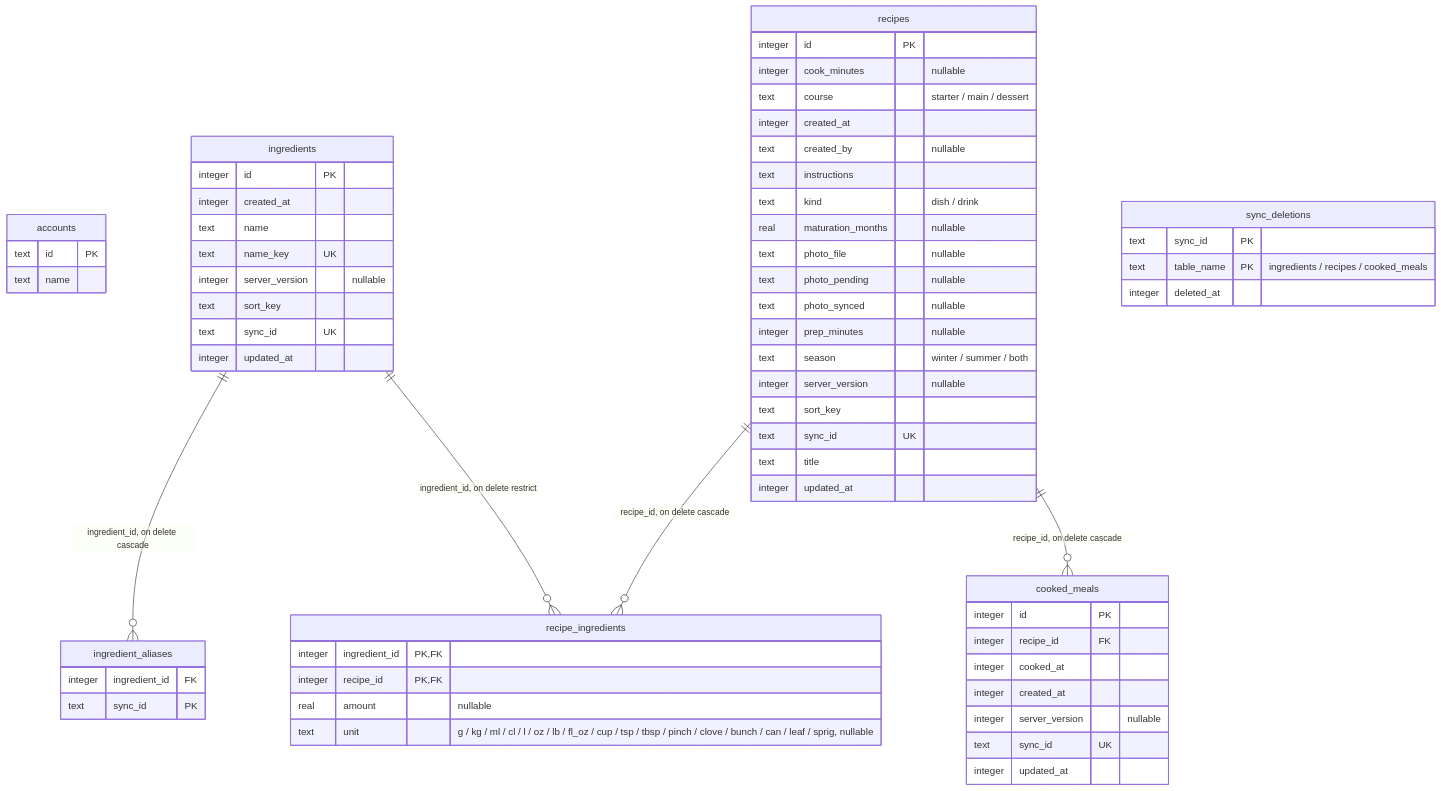
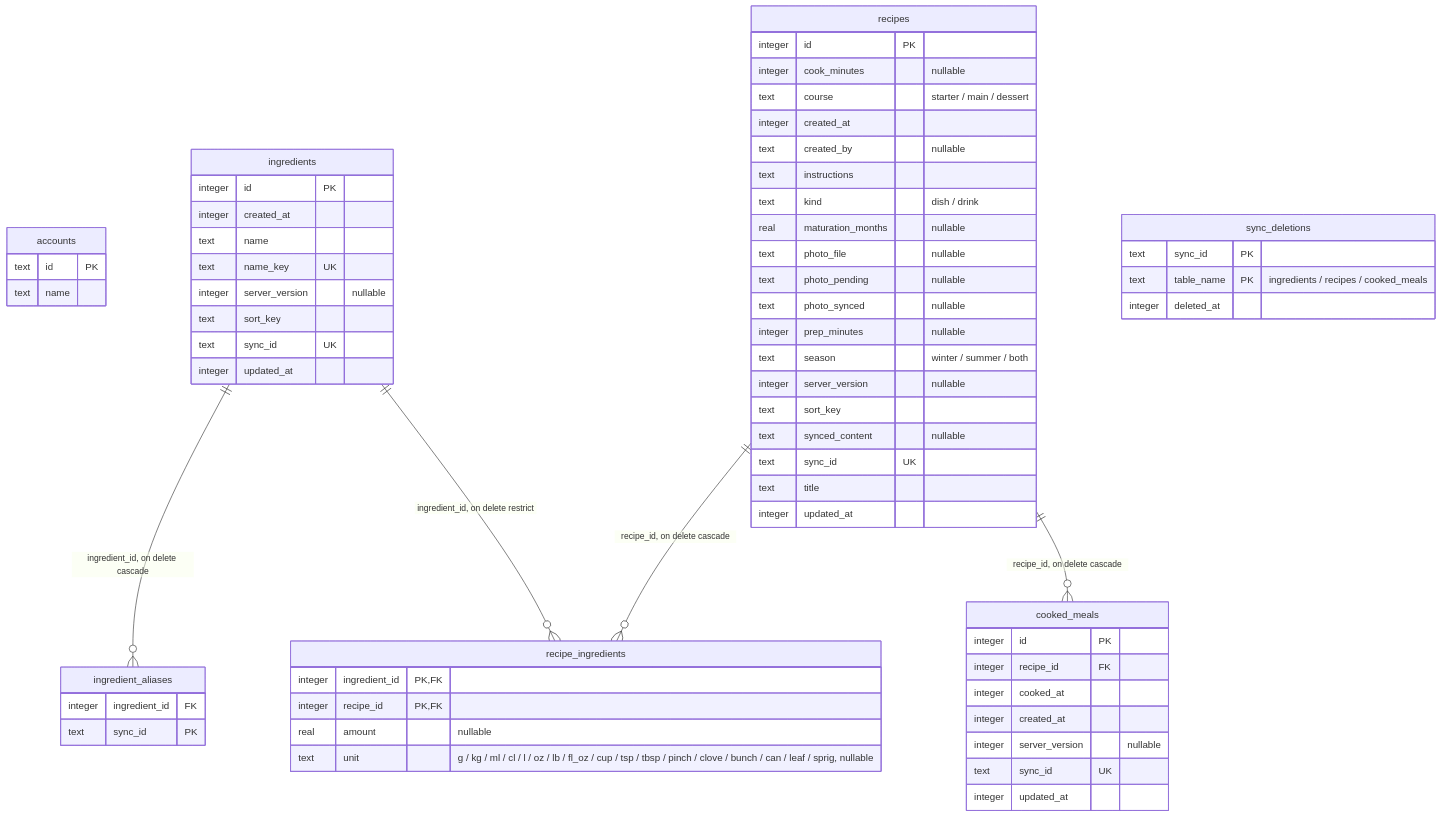
The diagram in docs/database.md (someoneinthe/dishes-cook), drawn with Mermaid before and after one commit. The commit also changed 13 other files, not shown here.

````diff
--- a/docs/database.md
+++ b/docs/database.md
@@ -10,65 +10,66 @@
 ```mermaid
 erDiagram
   accounts {
     text id PK
     text name
   }
   cooked_meals {
     integer id PK
     integer recipe_id FK
     integer cooked_at
     integer created_at
     integer server_version "nullable"
     text sync_id UK
     integer updated_at
   }
   ingredient_aliases {
     integer ingredient_id FK
     text sync_id PK
   }
   ingredients {
     integer id PK
     integer created_at
     text name
     text name_key UK
     integer server_version "nullable"
     text sort_key
     text sync_id UK
     integer updated_at
   }
   recipe_ingredients {
     integer ingredient_id PK, FK
     integer recipe_id PK, FK
     real amount "nullable"
     text unit "g / kg / ml / cl / l / oz / lb / fl_oz / cup / tsp / tbsp / pinch / clove / bunch / can / leaf / sprig, nullable"
   }
   recipes {
     integer id PK
     integer cook_minutes "nullable"
     text course "starter / main / dessert"
     integer created_at
     text created_by "nullable"
     text instructions
     text kind "dish / drink"
     real maturation_months "nullable"
     text photo_file "nullable"
     text photo_pending "nullable"
     text photo_synced "nullable"
     integer prep_minutes "nullable"
     text season "winter / summer / both"
     integer server_version "nullable"
     text sort_key
+    text synced_content "nullable"
     text sync_id UK
     text title
     integer updated_at
   }
   sync_deletions {
     text sync_id PK
     text table_name PK "ingredients / recipes / cooked_meals"
     integer deleted_at
   }
   recipes ||--o{ cooked_meals : "recipe_id, on delete cascade"
   ingredients ||--o{ ingredient_aliases : "ingredient_id, on delete cascade"
   ingredients ||--o{ recipe_ingredients : "ingredient_id, on delete restrict"
   recipes ||--o{ recipe_ingredients : "recipe_id, on delete cascade"
 ```
````
